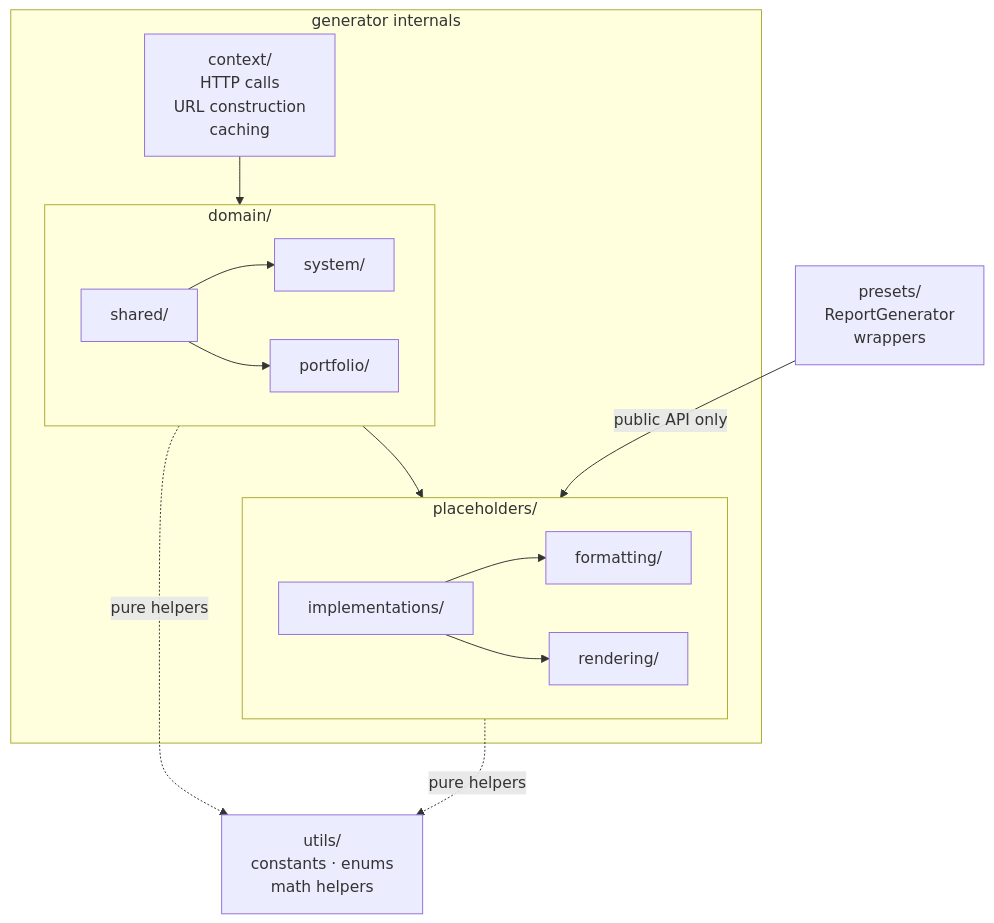
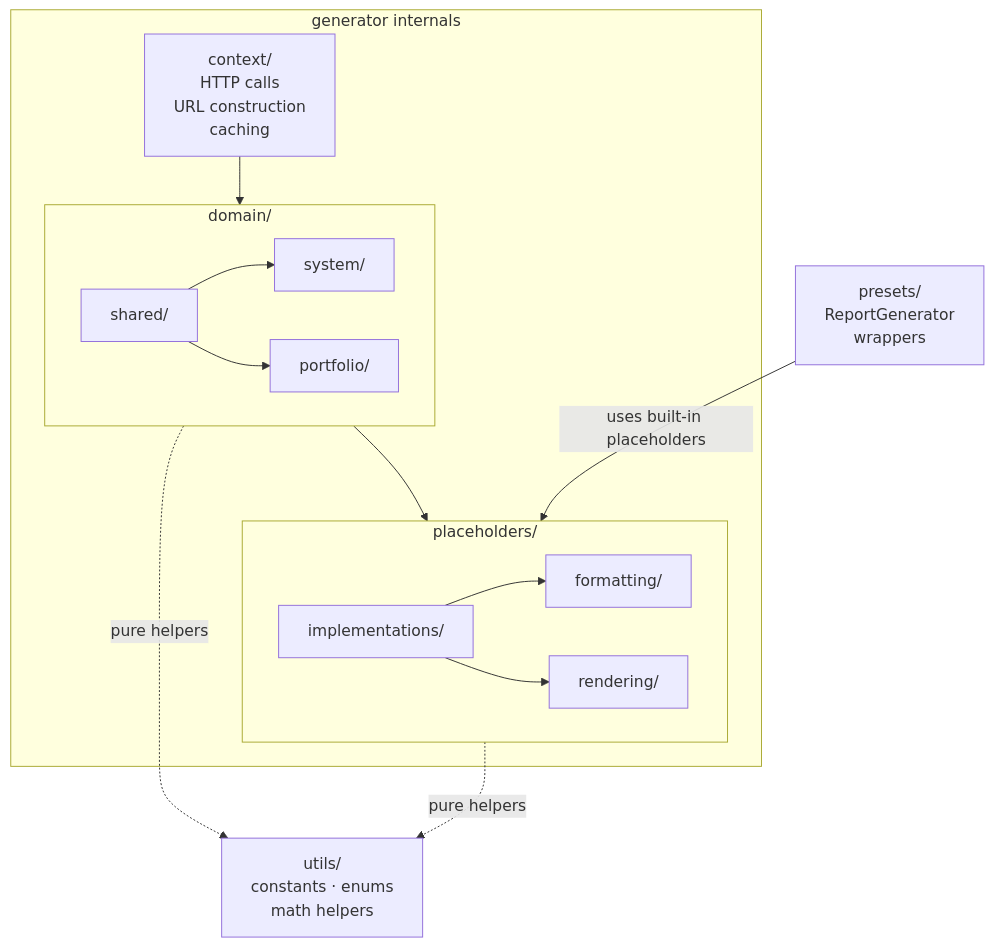
The diagram in docs/architecture.md (Software-Improvement-Group/sigrid-report-generator), drawn with Mermaid before and after one commit.

Commit message:
Add custom MR instructions

````diff
--- a/docs/architecture.md
+++ b/docs/architecture.md
@@ -27,31 +27,31 @@
 ```mermaid
 flowchart TB
     subgraph generator["generator internals"]
         context["context/<br/>HTTP calls<br/>URL construction<br/>caching"]
 
         subgraph domain["domain/"]
             direction LR
             shared["shared/"] --> system["system/"]
             shared --> portfolio["portfolio/"]
         end
 
         subgraph ph["placeholders/"]
             direction LR
             impl["implementations/"]
             fmt["formatting/"]
             rend["rendering/"]
             impl --> fmt
             impl --> rend
         end
 
         context --> domain
         domain --> impl
     end
 
     utils["utils/<br/>constants · enums<br/>math helpers"]
     presets["presets/<br/>ReportGenerator<br/>wrappers"]
 
-    presets -->|public API only| impl
+    presets -->|uses built-in placeholders| impl
     domain -.->|pure helpers| utils
     ph -.->|pure helpers| utils
 ```
````
